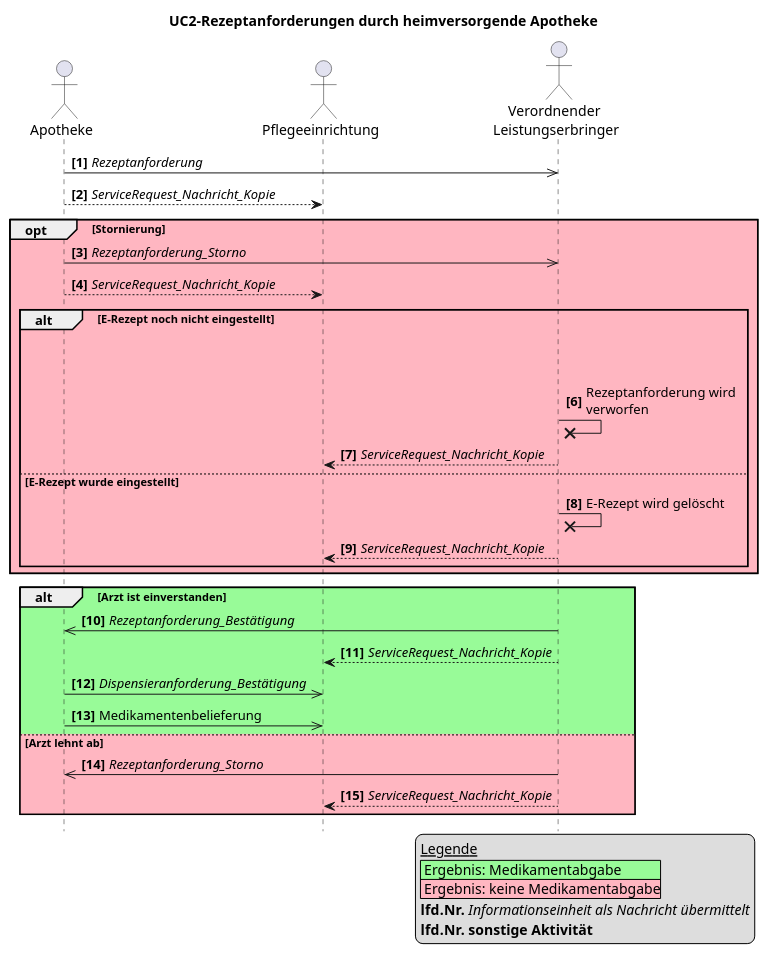
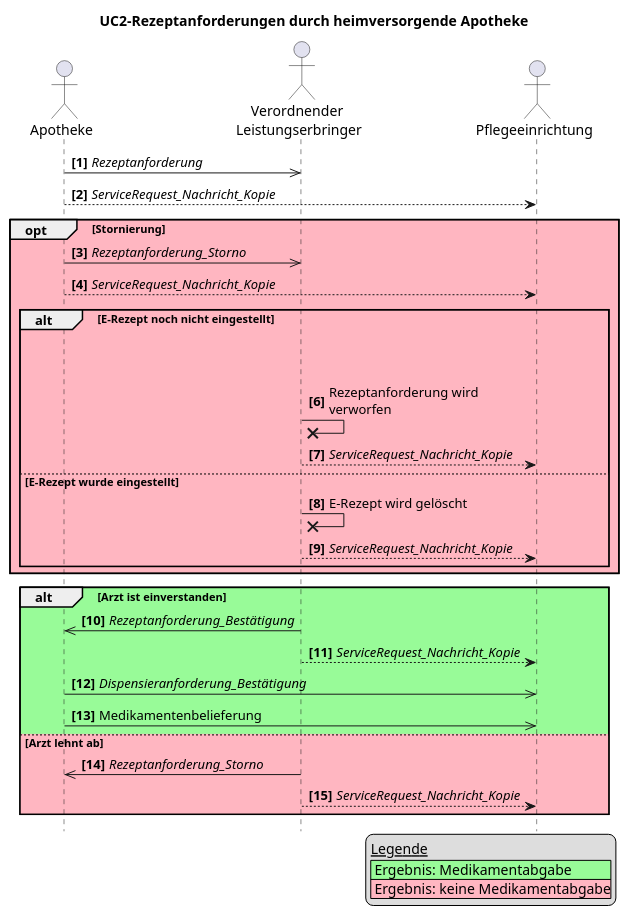
The diagram in Resources/puml/gemF_eRp_KIM/UC2-rezeptanforderung-apotheke.puml (gematik/spec-E-Rezept-ServiceRequest), drawn with PlantUML before and after one commit.

Commit message:
refine uc2 puml

```diff
--- a/Resources/puml/gemF_eRp_KIM/UC2-rezeptanforderung-apotheke.puml
+++ b/Resources/puml/gemF_eRp_KIM/UC2-rezeptanforderung-apotheke.puml
@@ -1,51 +1,49 @@
 @startuml name = "UC2-Rezeptanforderung-Apotheke"
 
 
 skinparam maxMessageSize 200
 
 actor Apotheke
+actor "Verordnender \nLeistungserbringer" as Arztpraxis
 actor "Pflegeeinrichtung" as Pflegeeinrichtung
-actor "Verordnender \nLeistungserbringer" as Arztpraxis
 
 title UC2-Rezeptanforderungen durch heimversorgende Apotheke
 hide footbox
 autonumber "<b>[0]"
 
 legend bottom right
     __Legende__
     |<#PaleGreen> Ergebnis: Medikamentabgabe|
     |<#LightPink> Ergebnis: keine Medikamentabgabe|
-    **lfd.Nr.** //Informationseinheit als Nachricht übermittelt//
-    **lfd.Nr.** **sonstige Aktivität**
 endlegend
 
 Apotheke ->> Arztpraxis: //Rezeptanforderung//
 Apotheke --> Pflegeeinrichtung: //ServiceRequest_Nachricht_Kopie//
 
 opt #LightPink Stornierung
     Apotheke ->> Arztpraxis: //Rezeptanforderung_Storno//
     Apotheke --> Pflegeeinrichtung: //ServiceRequest_Nachricht_Kopie//
     alt #LightPink E-Rezept noch nicht eingestellt
     Apotheke -[hidden]-> Arztpraxis: Rezeptanforderung wird verworfen
         Arztpraxis ->x Arztpraxis: Rezeptanforderung wird verworfen
         Arztpraxis --> Pflegeeinrichtung: //ServiceRequest_Nachricht_Kopie//
     else #LightPink E-Rezept wurde eingestellt
         Arztpraxis ->x Arztpraxis: E-Rezept wird gelöscht
         Arztpraxis --> Pflegeeinrichtung: //ServiceRequest_Nachricht_Kopie//
     end
 end
 
 
 alt #PaleGreen Arzt ist einverstanden 
     Arztpraxis ->> Apotheke: //Rezeptanforderung_Bestätigung//
     Arztpraxis --> Pflegeeinrichtung: //ServiceRequest_Nachricht_Kopie//
     Apotheke ->> Pflegeeinrichtung: //Dispensieranforderung_Bestätigung//
     Apotheke ->> Pflegeeinrichtung: Medikamentenbelieferung
 
 else #LightPink Arzt lehnt ab
     Arztpraxis ->> Apotheke: //Rezeptanforderung_Storno//
     Arztpraxis --> Pflegeeinrichtung: //ServiceRequest_Nachricht_Kopie//
 end
 
 
 @enduml
```
